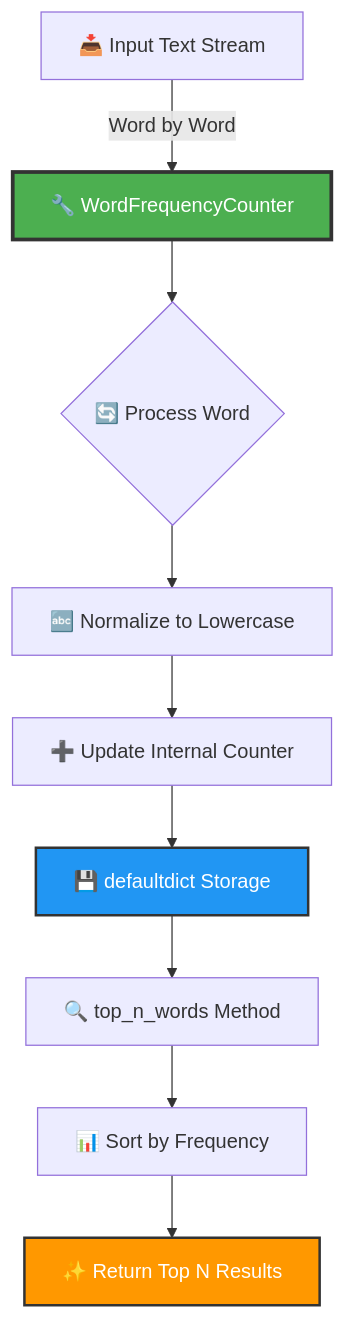
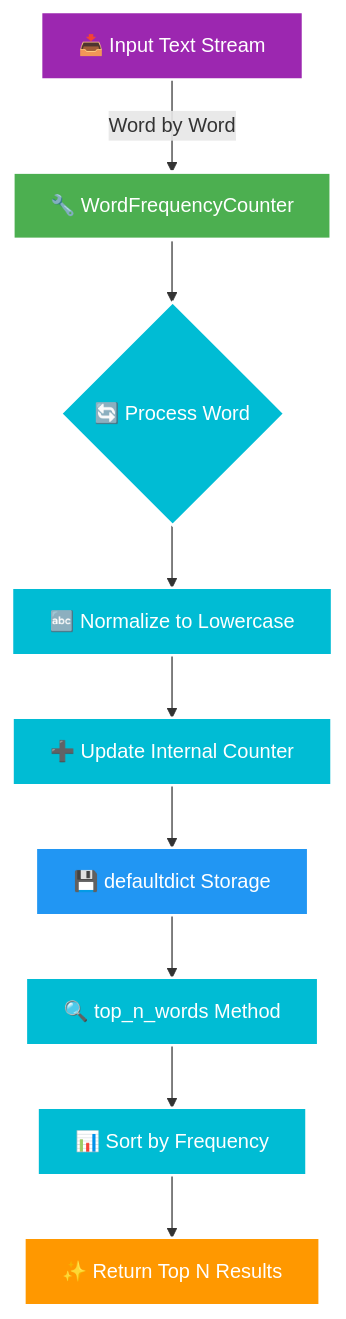
Before and after one commit to LuthandoCandlovu/sarao-technical-challenge: the diagram in project-1/README.md, drawn with Mermaid. The commit also changed other lines of this file, not shown here.

````diff
--- a/project-1/README.md
+++ b/project-1/README.md
@@ -32,15 +64,21 @@
 ```mermaid
 graph TB
     A[📥 Input Text Stream] -->|Word by Word| B[🔧 WordFrequencyCounter]
     B --> C{🔄 Process Word}
     C --> D[🔤 Normalize to Lowercase]
     D --> E[➕ Update Internal Counter]
     E --> F[💾 defaultdict Storage]
     F --> G[🔍 top_n_words Method]
     G --> H[📊 Sort by Frequency]
     H --> I[✨ Return Top N Results]
 
-    style B fill:#4CAF50,stroke:#333,stroke-width:3px,color:#fff
-    style F fill:#2196F3,stroke:#333,stroke-width:2px,color:#fff
-    style I fill:#FF9800,stroke:#333,stroke-width:2px,color:#fff
+    style B fill:#4CAF50,stroke:#fff,stroke-width:3px,color:#fff
+    style F fill:#2196F3,stroke:#fff,stroke-width:2px,color:#fff
+    style I fill:#FF9800,stroke:#fff,stroke-width:2px,color:#fff
+    
+    classDef inputStyle fill:#9C27B0,stroke:#fff,stroke-width:2px,color:#fff
+    classDef processStyle fill:#00BCD4,stroke:#fff,stroke-width:2px,color:#fff
+    
+    class A inputStyle
+    class C,D,E,G,H processStyle
 ```
````
